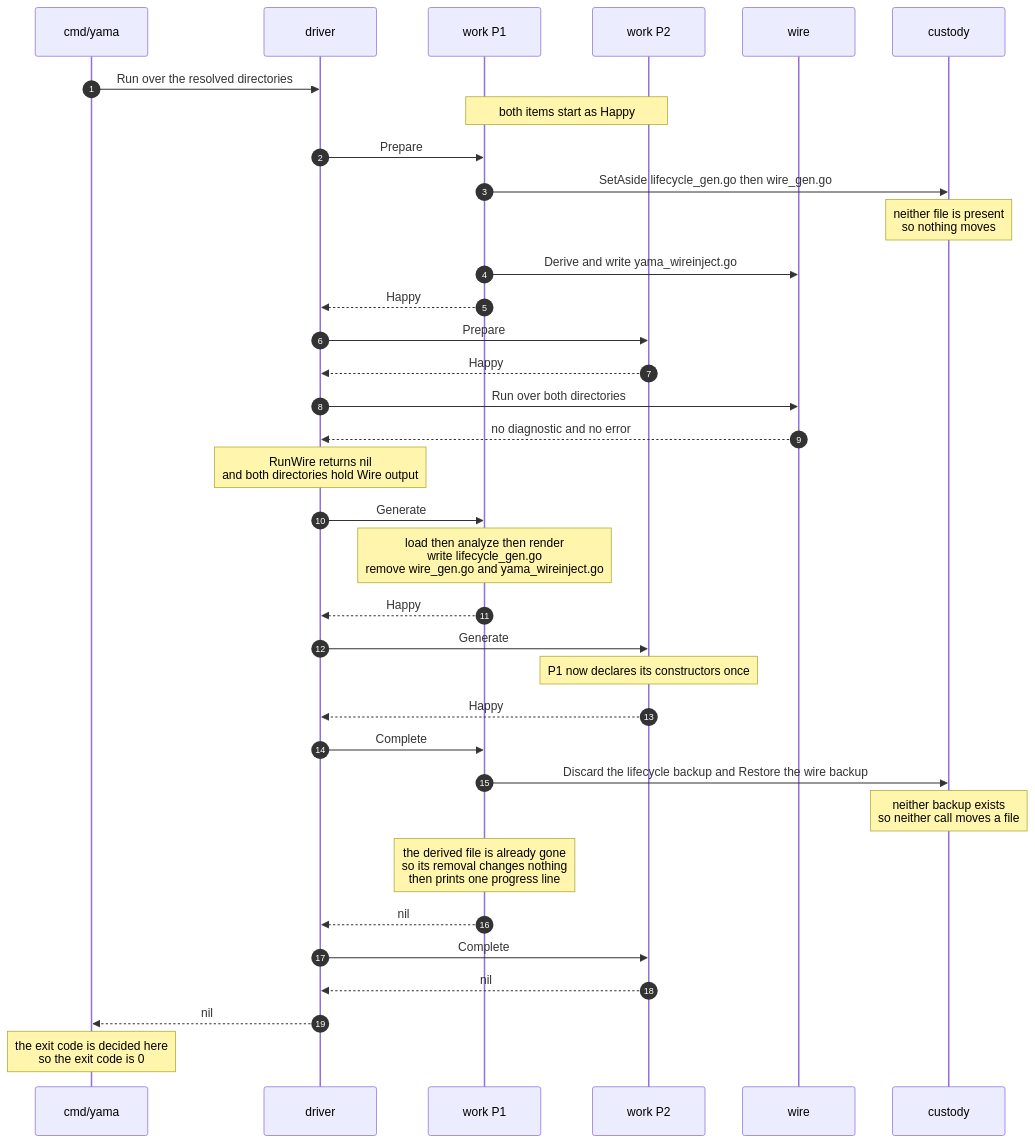
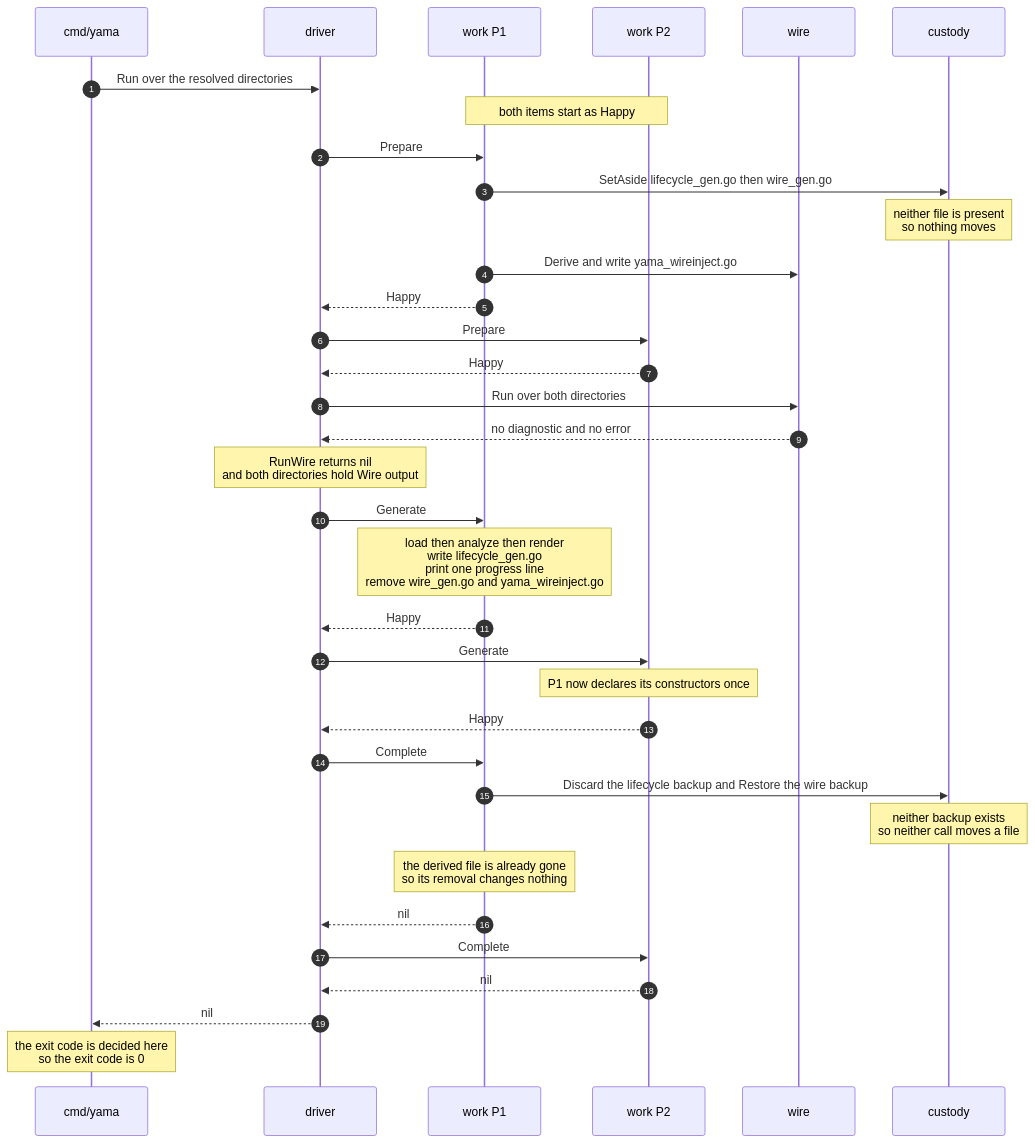
The second of 7 diagrams in docs/generator-architecture.md (livetribe/yama), drawn with Mermaid before and after one commit. The commit also changed other lines of this file and 90 other files, not shown here.

````diff
--- a/docs/generator-architecture.md
+++ b/docs/generator-architecture.md
@@ -364,38 +368,38 @@
 ```mermaid
 sequenceDiagram
     autonumber
     participant CMD as cmd/yama
     participant DRV as driver
     participant W1 as work P1
     participant W2 as work P2
     participant WIR as wire
     participant CUS as custody
 
     CMD->>DRV: Run over the resolved directories
     Note over W1,W2: both items start as Happy
     DRV->>W1: Prepare
     W1->>CUS: SetAside lifecycle_gen.go then wire_gen.go
     Note over CUS: neither file is present<br/>so nothing moves
     W1->>WIR: Derive and write yama_wireinject.go
     W1-->>DRV: Happy
     DRV->>W2: Prepare
     W2-->>DRV: Happy
     DRV->>WIR: Run over both directories
     WIR-->>DRV: no diagnostic and no error
     Note over DRV: RunWire returns nil<br/>and both directories hold Wire output
     DRV->>W1: Generate
-    Note over W1: load then analyze then render<br/>write lifecycle_gen.go<br/>remove wire_gen.go and yama_wireinject.go
+    Note over W1: load then analyze then render<br/>write lifecycle_gen.go<br/>print one progress line<br/>remove wire_gen.go and yama_wireinject.go
     W1-->>DRV: Happy
     DRV->>W2: Generate
     Note over W2: P1 now declares its constructors once
     W2-->>DRV: Happy
     DRV->>W1: Complete
     W1->>CUS: Discard the lifecycle backup and Restore the wire backup
     Note over CUS: neither backup exists<br/>so neither call moves a file
-    Note over W1: the derived file is already gone<br/>so its removal changes nothing<br/>then prints one progress line
+    Note over W1: the derived file is already gone<br/>so its removal changes nothing
     W1-->>DRV: nil
     DRV->>W2: Complete
     W2-->>DRV: nil
     DRV-->>CMD: nil
     Note over CMD: the exit code is decided here<br/>so the exit code is 0
 ```
````
